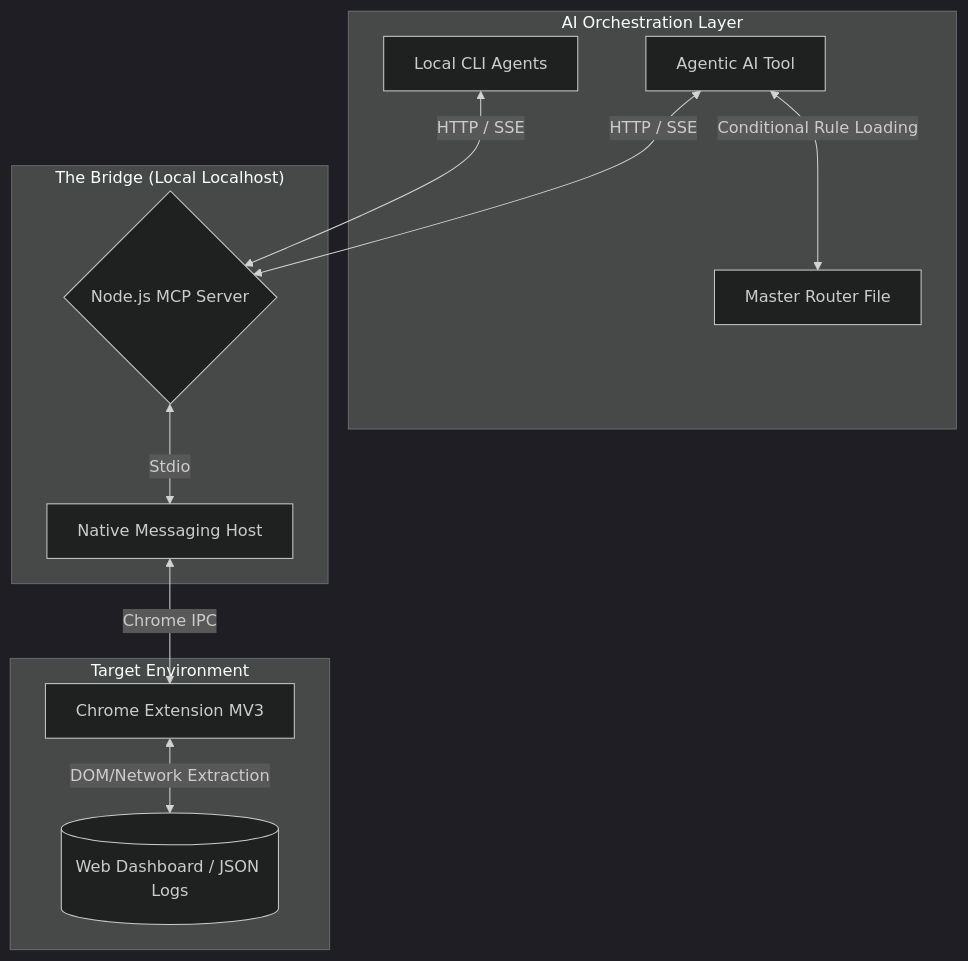
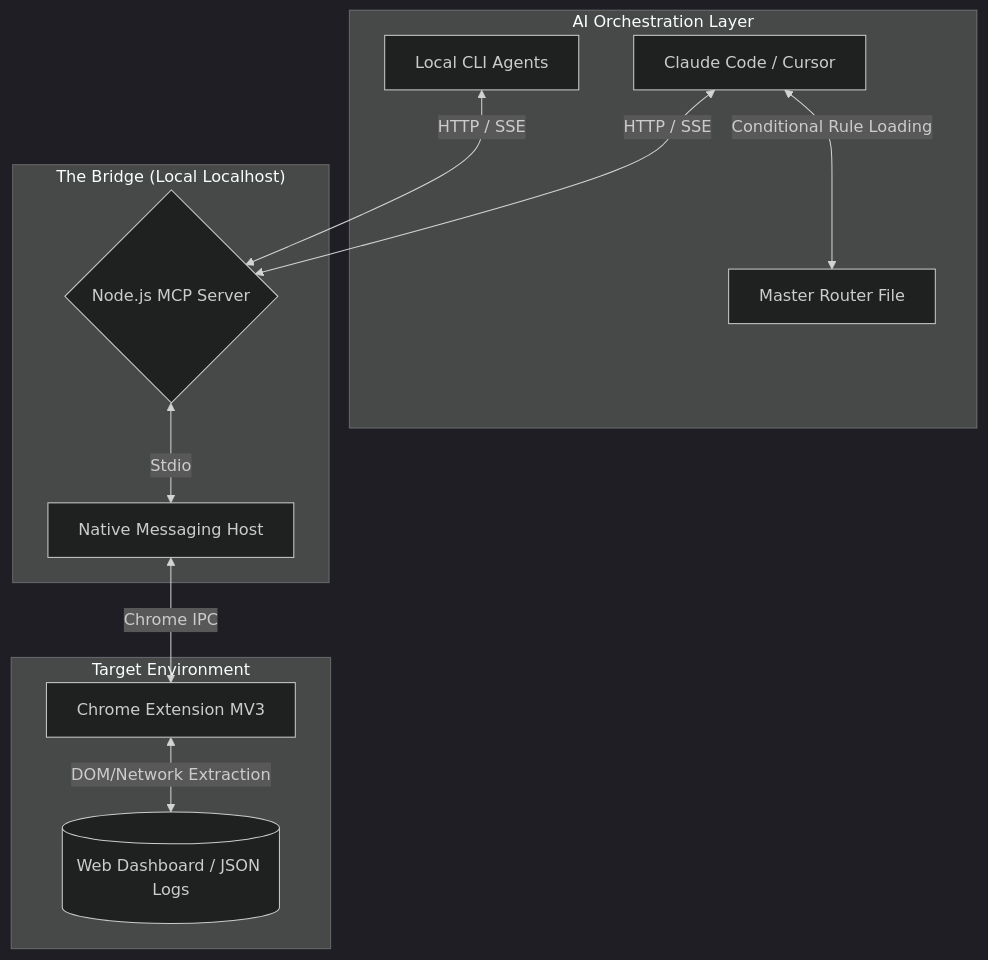
One commit to avizmarlon/autonomous-mcp-agent-architecture changed the diagram in README.md. Above: the diagram before and after it, drawn with Mermaid (dark theme). The commit also changed other lines of this file, not shown here.

````diff
--- a/README.md
+++ b/README.md
@@ -17,25 +25,25 @@
 ```mermaid
 graph TD
     subgraph "AI Orchestration Layer"
-        A[Agentic AI Tool]
+        A[Claude Code / Cursor]
         B[Local CLI Agents]
         R[Master Router File]
     end
 
     subgraph "The Bridge (Local Localhost)"
         C{Node.js MCP Server}
         D[Native Messaging Host]
     end
 
     subgraph "Target Environment"
         E[Chrome Extension MV3]
         F[(Web Dashboard / JSON Logs)]
     end
 
     A <-->|Conditional Rule Loading| R
     A <-->|HTTP / SSE| C
     B <-->|HTTP / SSE| C
     C <-->|Stdio| D
     D <-->|Chrome IPC| E
     E <-->|DOM/Network Extraction| F
 ```
````
